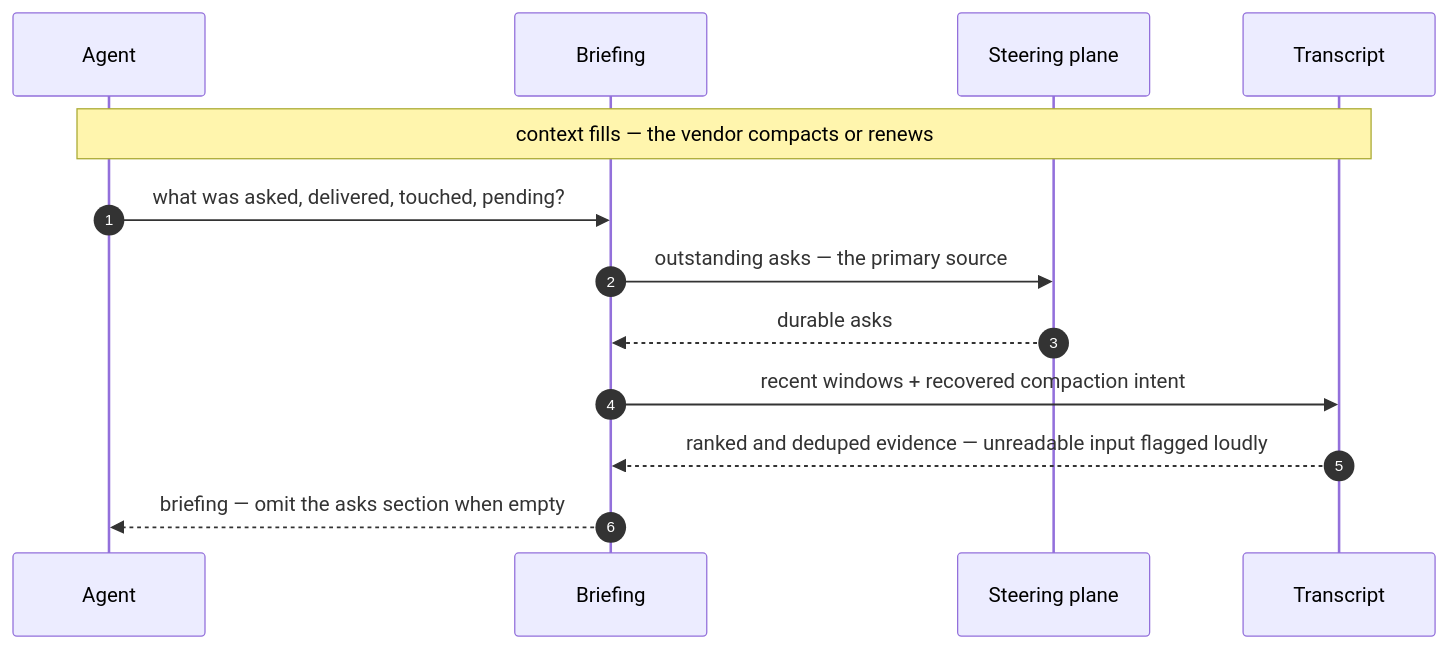
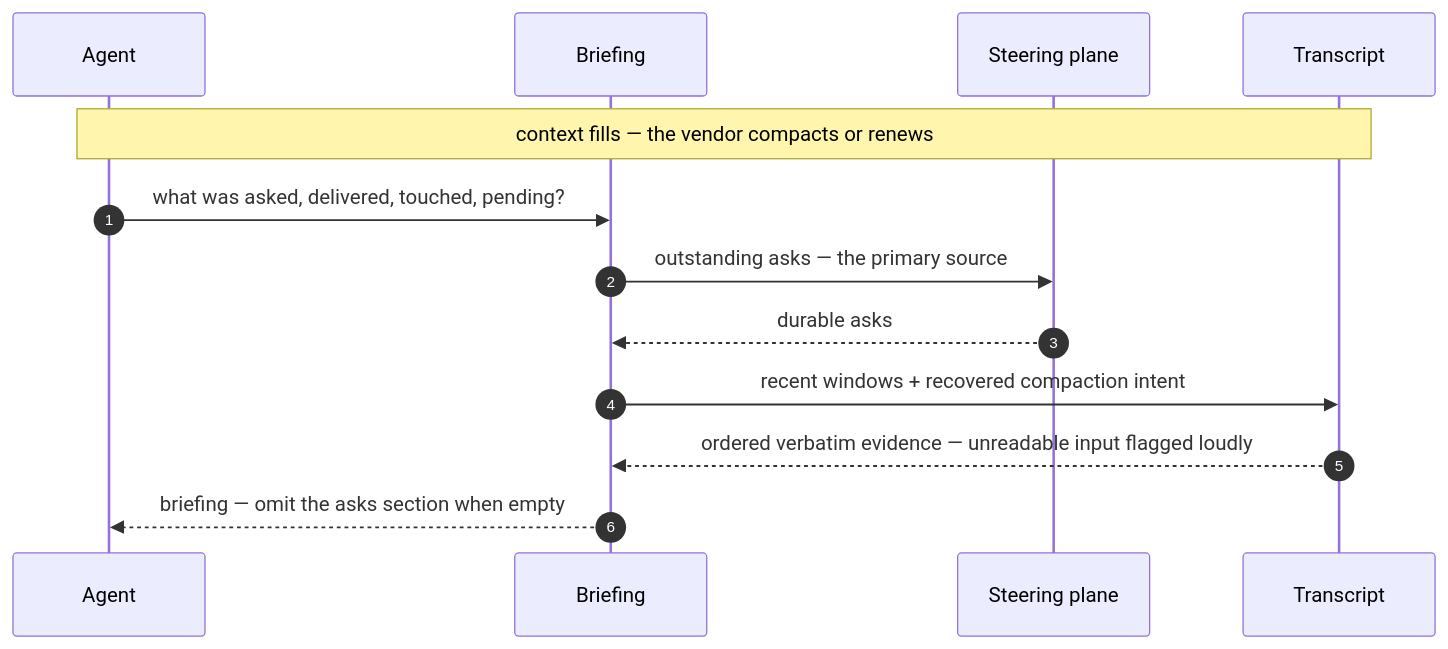
Before and after one commit to infimalabs/spice-rust: the tenth of 11 diagrams in docs/product/planes/session.md, drawn with Mermaid. The commit also changed other lines of this file and 120 other files, not shown here.

````diff
--- a/docs/product/planes/session.md
+++ b/docs/product/planes/session.md
@@ -342,16 +374,16 @@
 ```mermaid
 sequenceDiagram
   autonumber
   participant AG as Agent
   participant BR as Briefing
   participant ST as Steering plane
   participant TR as Transcript
 
   Note over AG,TR: context fills — the vendor compacts or renews
   AG->>BR: what was asked, delivered, touched, pending?
   BR->>ST: outstanding asks — the primary source
   ST-->>BR: durable asks
   BR->>TR: recent windows + recovered compaction intent
-  TR-->>BR: ranked and deduped evidence — unreadable input flagged loudly
+  TR-->>BR: ordered verbatim evidence — unreadable input flagged loudly
   BR-->>AG: briefing — omit the asks section when empty
 ```
````
